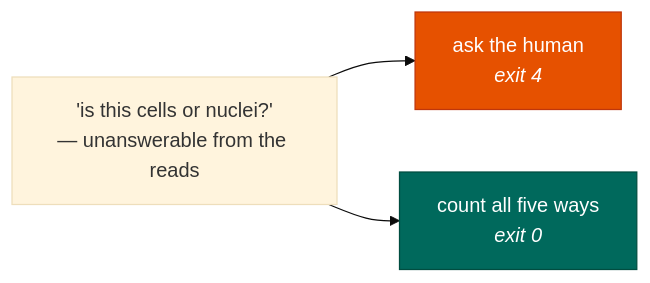
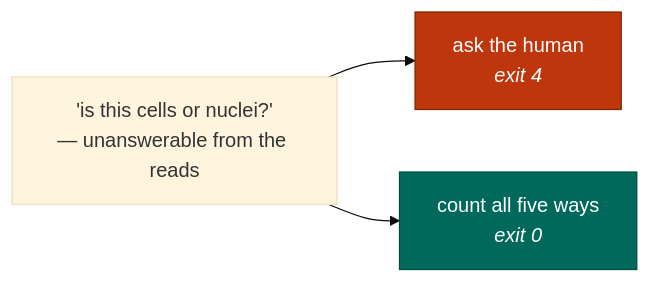
Before and after one commit to liuhlab/seqforge: the second of 2 diagrams in docs/concepts/refusal.md, drawn with Mermaid (base theme). The commit also changed other lines of this file and 4 other files, not shown here.

First line of the commit message:
Make the diagram labels readable on the dark nodes

````diff
--- a/docs/concepts/refusal.md
+++ b/docs/concepts/refusal.md
@@ -74,9 +78,12 @@
 ```mermaid
 flowchart LR
     Q["'is this cells or nuclei?'<br/>— unanswerable from the reads"]
-    Q --> BAD["ask the human<br/><i>exit 4</i>"]
-    Q --> GOOD["count all five ways<br/><i>exit 0</i>"]
+    Q --> BAD["<span style='color:#fff'>ask the human<br/><i>exit 4</i></span>"]
+    Q --> GOOD["<span style='color:#fff'>count all five ways<br/><i>exit 0</i></span>"]
 
-    style BAD fill:#e65100,stroke:#bf360c,color:#fff
-    style GOOD fill:#00695c,stroke:#004d40,color:#fff
+    %% The inline white <span> is required on dark fills — see the comment in docs/index.md.
+    classDef ask fill:#bf360c,stroke:#7f2400
+    classDef artifact fill:#00695c,stroke:#004d40
+    class BAD ask
+    class GOOD artifact
 ```
````
